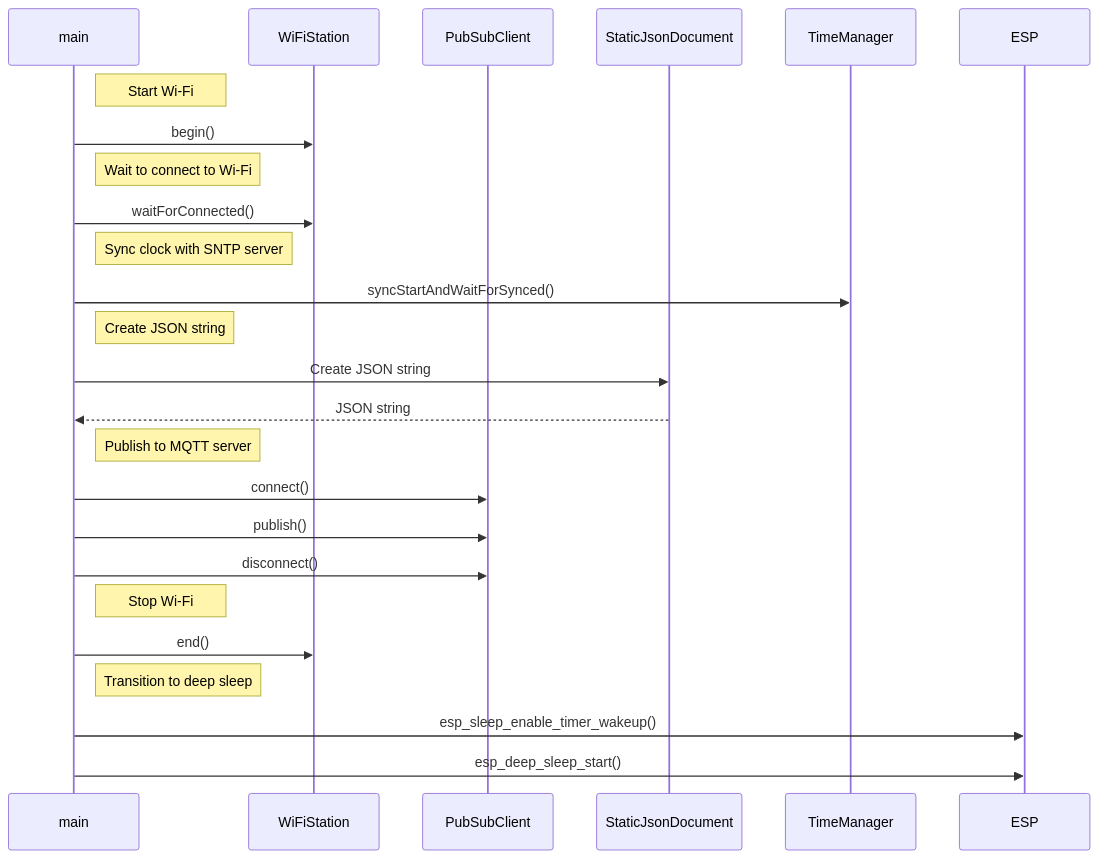
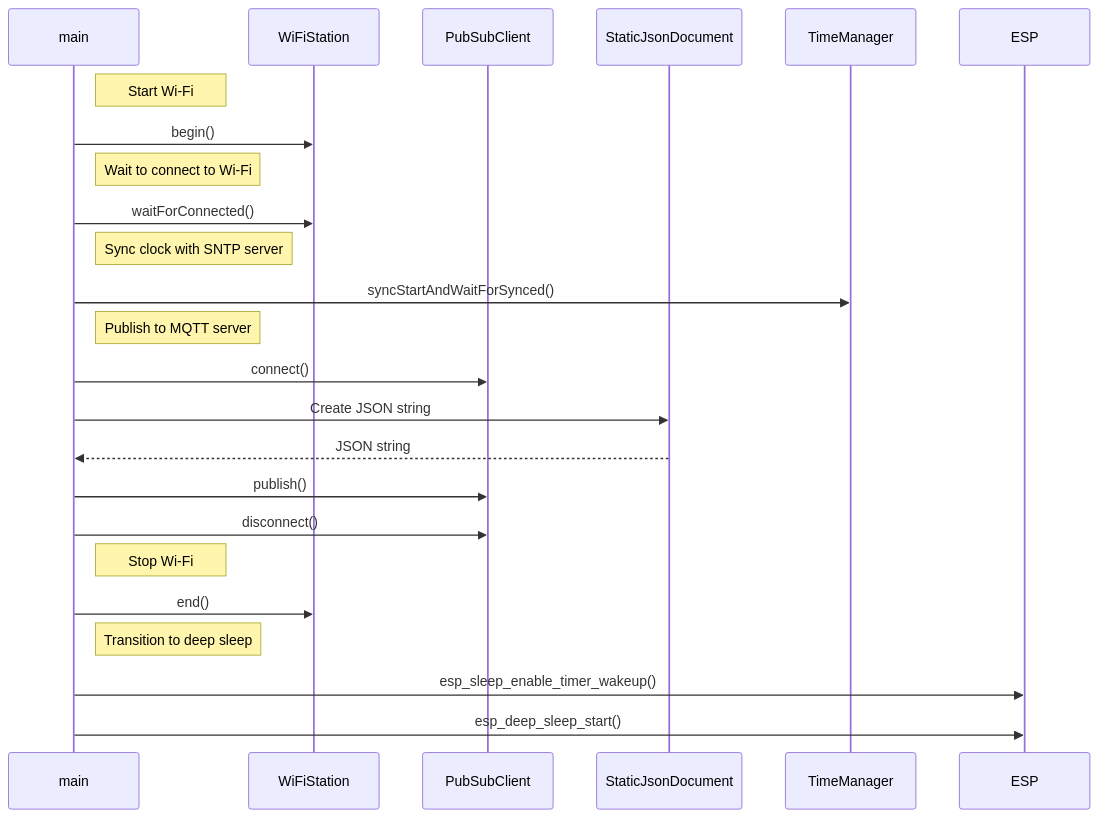
Before and after one commit to SeeedJP/xiaoesp32c3_examples: the second of 2 diagrams in src/WiFi/MqttsPubClientLP2/README.md, drawn with Mermaid. The commit also changed 1 other file, not shown here.

Commit message:
Change timing to create JSON string

````diff
--- a/src/WiFi/MqttsPubClientLP2/README.md
+++ b/src/WiFi/MqttsPubClientLP2/README.md
@@ -42,35 +42,33 @@
 ```mermaid
 
 sequenceDiagram
     participant main
     participant WiFiStation
     participant PubSubClient
     participant StaticJsonDocument
     participant TimeManager
     participant ESP
 
     note right of main: Start Wi-Fi
     main->>WiFiStation: begin()
 
     note right of main: Wait to connect to Wi-Fi
     main->>WiFiStation: waitForConnected()
 
     note right of main: Sync clock with SNTP server
     main->>TimeManager: syncStartAndWaitForSynced()
 
-    note right of main: Create JSON string
+    note right of main: Publish to MQTT server
+    main->>PubSubClient: connect()
     main->>StaticJsonDocument: Create JSON string
     StaticJsonDocument-->>main: JSON string
-
-    note right of main: Publish to MQTT server
-    main->>PubSubClient: connect()
     main->>PubSubClient: publish()
     main->>PubSubClient: disconnect()
 
     note right of main: Stop Wi-Fi
     main->>WiFiStation: end()
 
     note right of main: Transition to deep sleep
     main->>ESP: esp_sleep_enable_timer_wakeup()
     main->>ESP: esp_deep_sleep_start()
 ```
````
